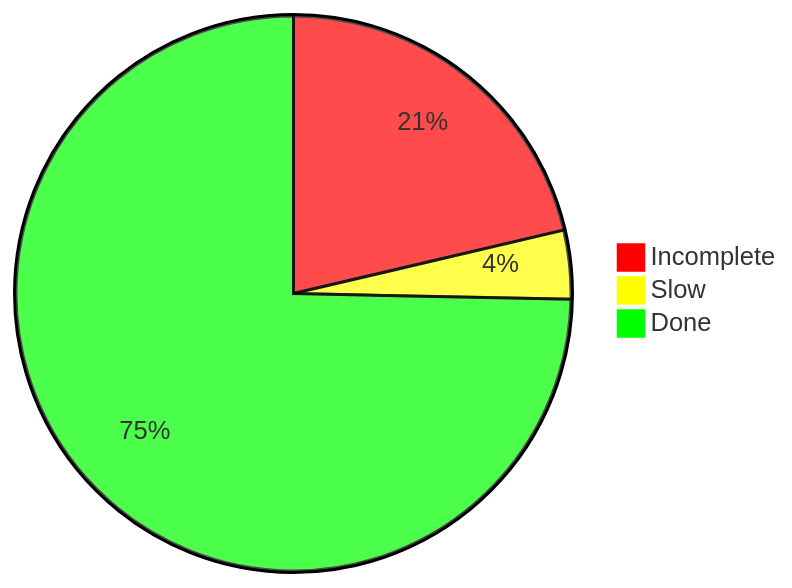
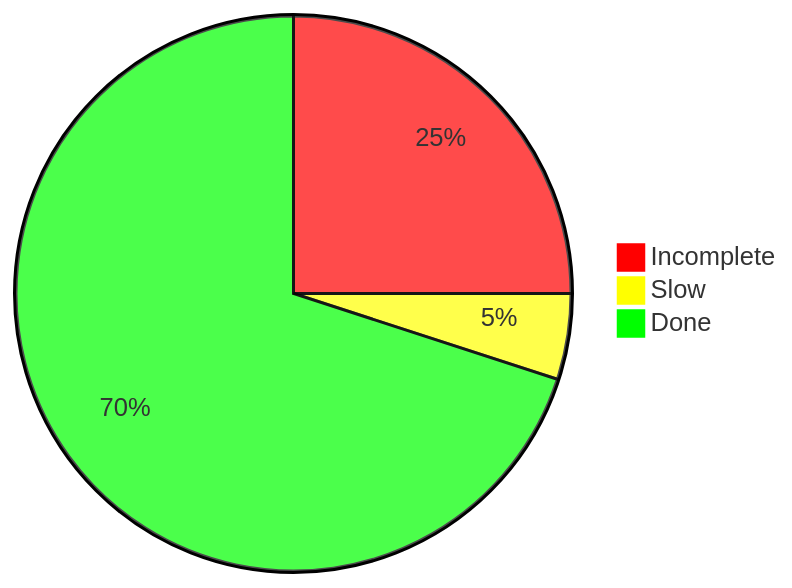
Before and after one commit to abirks/aoc_java: the diagram in README.md, drawn with Mermaid. The commit also changed other lines of this file and 104 other files, not shown here.

````diff
--- a/README.md
+++ b/README.md
@@ -27,7 +27,7 @@
 ```mermaid
 %%{init: {'theme': 'base', 'themeVariables': { 'pie1': '#FF0000', 'pie2': '#FFFF00', 'pie3': '#00FF00'}}}%%
 pie
-"Incomplete" : 16
-"Slow" : 3
-"Done" : 56
+"Incomplete" : 25
+"Slow" : 5
+"Done" : 70
 ```
````
